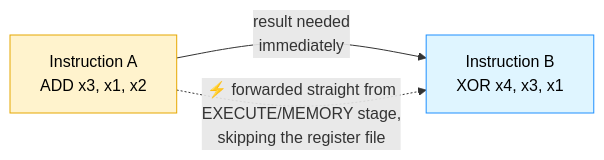
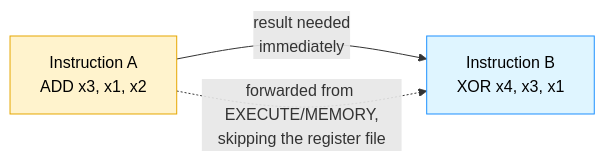
Before and after one commit to hjsanjana/rtl-design-practice: the fourth of 30 diagrams in RISC-V/README.md, drawn with Mermaid. The commit also changed other lines of this file, not shown here.

````diff
--- a/RISC-V/README.md
+++ b/RISC-V/README.md
@@ -142,8 +111,8 @@
 ```mermaid
 flowchart LR
     I1["Instruction A\nADD x3, x1, x2"] -->|"result needed\nimmediately"| I2["Instruction B\nXOR x4, x3, x1"]
-    I1 -.->|"⚡ forwarded straight from\nEXECUTE/MEMORY stage,\nskipping the register file"| I2
+    I1 -.->|"forwarded from EXECUTE/MEMORY,\nskipping the register file"| I2
 
     style I1 fill:#fff3cd,stroke:#e6a700,color:#000
     style I2 fill:#dff5ff,stroke:#1e90ff,color:#000
 ```
````
